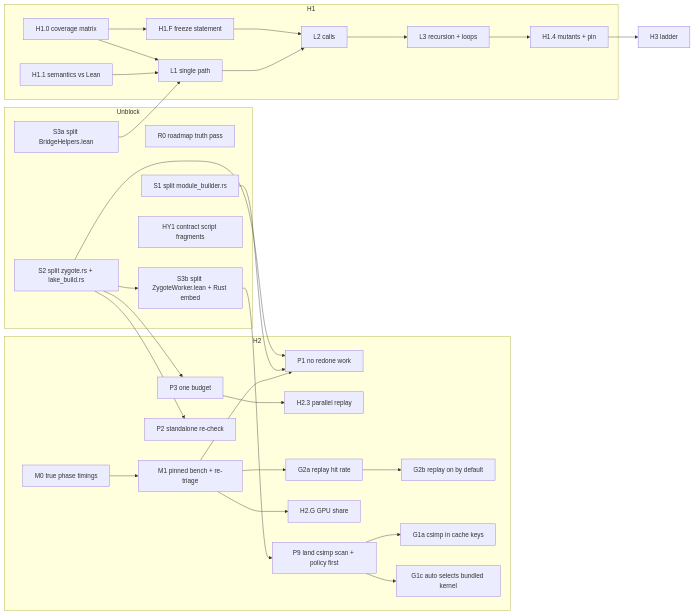
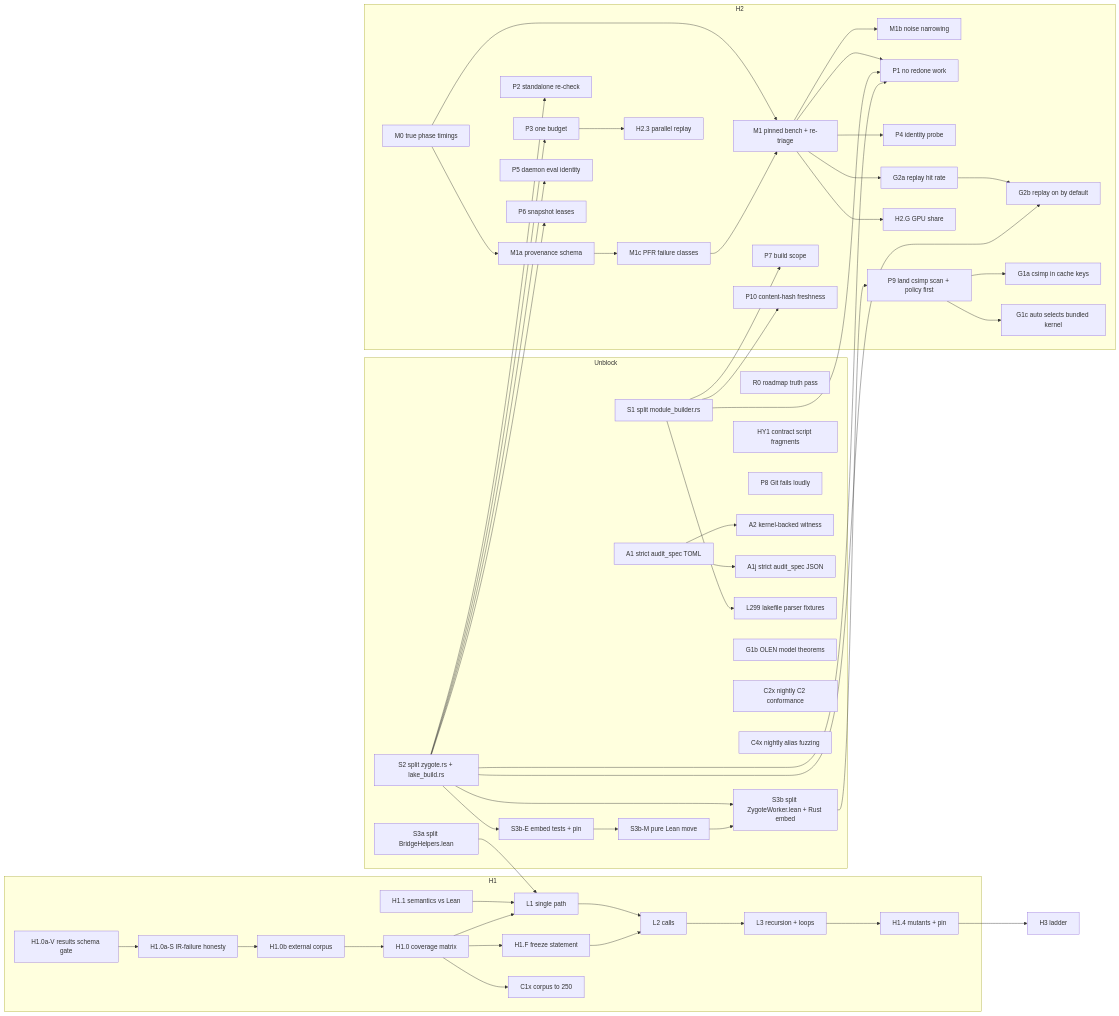
Before and after one commit to Th0rgal/turbo-lean: the diagram in roadmap/HORIZONS.md, drawn with Mermaid. The commit also changed other lines of this file, not shown here.

First line of the commit message:
R0d: reconcile HORIZONS graph with table; mark S3a/HY1 done; encode unresolved parent splits (#474)

````diff
--- a/roadmap/HORIZONS.md
+++ b/roadmap/HORIZONS.md
@@ -99,37 +99,65 @@
 ```mermaid
 flowchart LR
   subgraph Unblock
     R0[R0 roadmap truth pass]
     S1[S1 split module_builder.rs]
     S2[S2 split zygote.rs + lake_build.rs]
     S3a[S3a split BridgeHelpers.lean]
     S3b[S3b split ZygoteWorker.lean + Rust embed]
+    S3bE[S3b-E embed tests + pin]
+    S3bM[S3b-M pure Lean move]
     HY1[HY1 contract script fragments]
+    P8[P8 Git fails loudly]
+    A1[A1 strict audit_spec TOML]
+    A1 --> A2[A2 kernel-backed witness]
+    A1 --> A1j[A1j strict audit_spec JSON]
+    S1 --> L299[L299 lakefile parser fixtures]
+    G1b[G1b OLEN model theorems]
+    C2x[C2x nightly C2 conformance]
+    C4x[C4x nightly alias fuzzing]
   end
   subgraph H2
     M0[M0 true phase timings] --> M1[M1 pinned bench + re-triage]
+    M0 --> M1a[M1a provenance schema]
+    M1a --> M1c[M1c PFR failure classes]
+    M1c --> M1
+    M1 --> M1b[M1b noise narrowing]
     M1 --> P1[P1 no redone work]
     S1 --> P1
     S2 --> P1
     S2 --> P2[P2 standalone re-check]
     S2 --> P3[P3 one budget]
+    S2 --> P5[P5 daemon eval identity]
+    S2 --> P6[P6 snapshot leases]
+    S1 --> P7[P7 build scope]
+    S1 --> P10[P10 content-hash freshness]
+    M1 --> P4[P4 identity probe]
     P3 --> H23[H2.3 parallel replay]
     M1 --> G2a[G2a replay hit rate] --> G2b[G2b replay on by default]
+    S2 --> G2b
     M1 --> H2G[H2.G GPU share]
     P9[P9 land csimp scan + policy first] --> G1a[G1a csimp in cache keys]
     P9 --> G1c[G1c auto selects bundled kernel]
   end
   subgraph H1
-    H10[H1.0 coverage matrix] --> HF[H1.F freeze statement]
+    H10[H1.0 coverage matrix]
+    H10aV[H1.0a-V results schema gate] --> H10aS[H1.0a-S IR-failure honesty]
+    H10aS --> H10b[H1.0b external corpus]
+    H10b --> H10
+    H10 --> HF[H1.F freeze statement]
     H11[H1.1 semantics vs Lean] --> L1[L1 single path]
     S3a --> L1
     H10 --> L1
+    H10 --> C1x[C1x corpus to 250]
     L1 --> L2[L2 calls]
     HF --> L2
     L2 --> L3[L3 recursion + loops]
     L3 --> H14[H1.4 mutants + pin]
   end
   H14 --> H3[H3 ladder]
   S2 --> S3b
+  S2 --> S3bE
+  S3bE --> S3bM
+  S3bM --> S3b
   S3b --> P9
 ```
````
